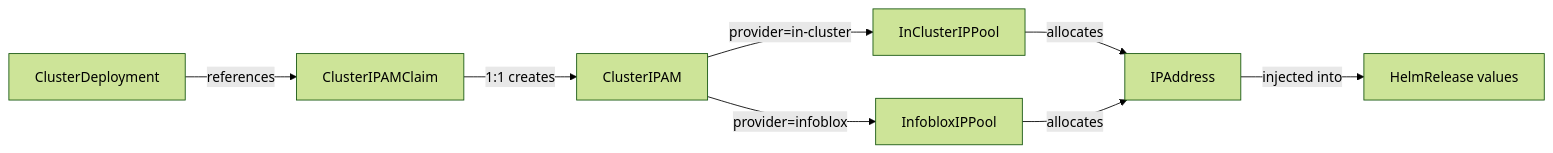
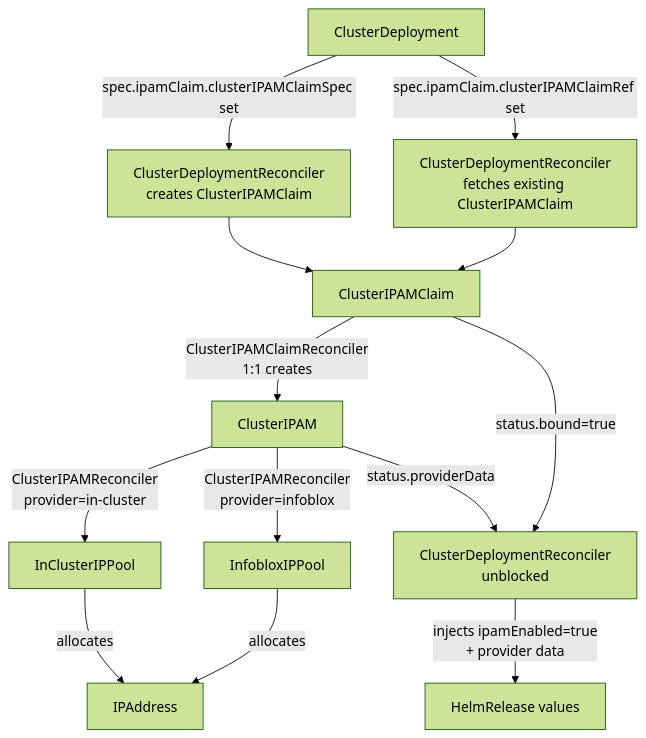
The tenth of 10 diagrams in docs/controllers.md (DinaBelova/kcm), drawn with Mermaid (forest theme) before and after one commit. The commit also changed other lines of this file, not shown here.

Commit message:
docs: fix ClusterDeployment IPAM relationship in controllers.md
Document both IPAM paths (inline clusterIPAMClaimSpec creates a
ClusterIPAMClaim owned by the CD; clusterIPAMClaimRef references an
existing one) and the blocking behaviour until Status.Bound. Update the
overall CRD graph, ClusterDeployment section prose and flowchart, and
the IPAM flow diagram accordingly.

````diff
--- a/docs/controllers.md
+++ b/docs/controllers.md
@@ -775,10 +788,17 @@
 ```mermaid
-graph LR
-    ClusterDeployment -->|references| ClusterIPAMClaim
-    ClusterIPAMClaim -->|1:1 creates| ClusterIPAM
-    ClusterIPAM -->|provider=in-cluster| InClusterIPPool
-    ClusterIPAM -->|provider=infoblox| InfobloxIPPool
+graph TD
+    ClusterDeployment -->|spec.ipamClaim.clusterIPAMClaimSpec set| CreateClaim[ClusterDeploymentReconciler\ncreates ClusterIPAMClaim]
+    ClusterDeployment -->|spec.ipamClaim.clusterIPAMClaimRef set| FetchClaim[ClusterDeploymentReconciler\nfetches existing ClusterIPAMClaim]
+    CreateClaim --> ClusterIPAMClaim
+    FetchClaim --> ClusterIPAMClaim
+
+    ClusterIPAMClaim -->|ClusterIPAMClaimReconciler\n1:1 creates| ClusterIPAM
+    ClusterIPAM -->|ClusterIPAMReconciler\nprovider=in-cluster| InClusterIPPool
+    ClusterIPAM -->|ClusterIPAMReconciler\nprovider=infoblox| InfobloxIPPool
     InClusterIPPool -->|allocates| IPAddress
     InfobloxIPPool -->|allocates| IPAddress
-    IPAddress -->|injected into| ClusterDeployment_values[HelmRelease values]
+
+    ClusterIPAMClaim -->|status.bound=true| Unblock[ClusterDeploymentReconciler\nunblocked]
+    ClusterIPAM -->|status.providerData| Unblock
+    Unblock -->|injects ipamEnabled=true\n+ provider data| HelmRelease[HelmRelease values]
 ```
````
